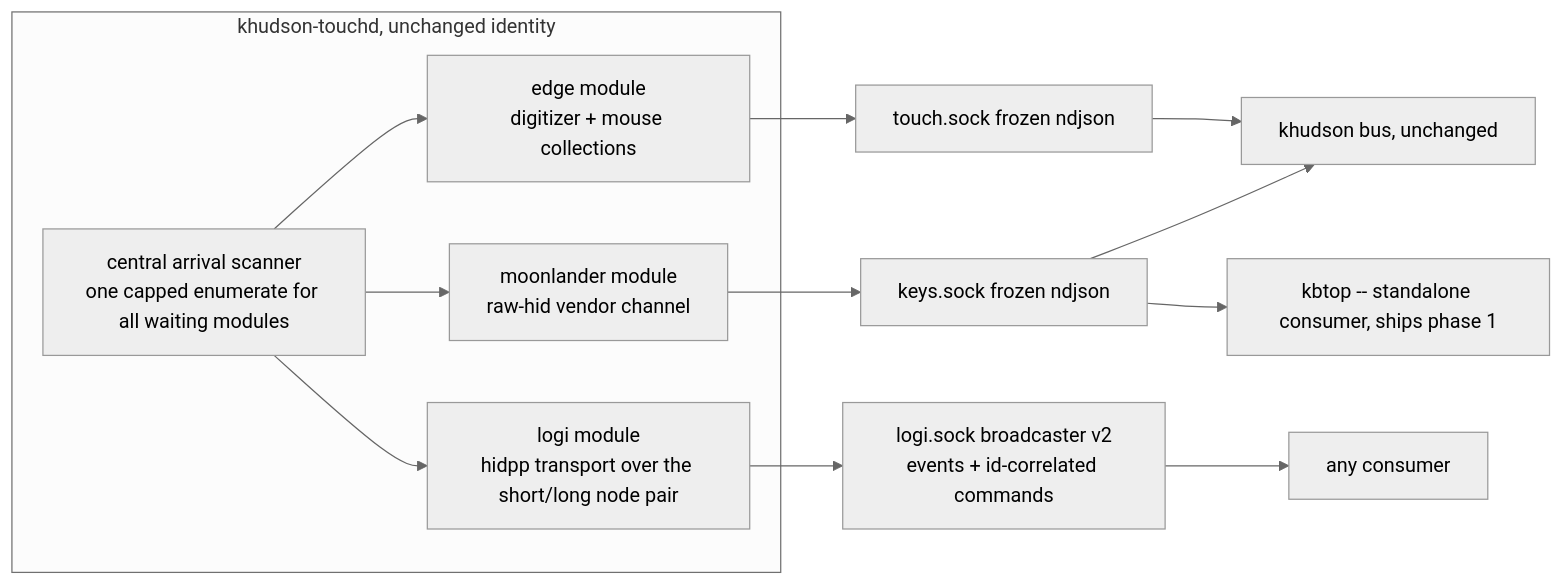
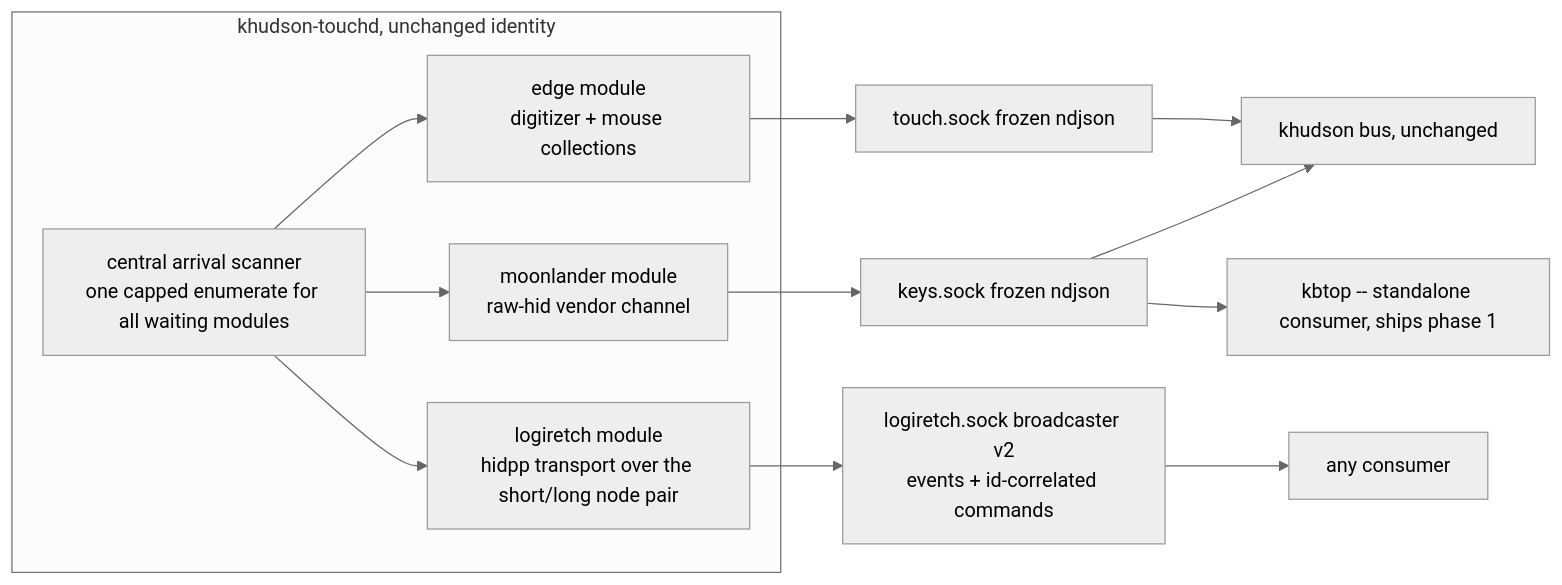
The diagram in homies/shimmerjs/home/khudson/docs/magicbus-design.md (shimmerjs/.universe), drawn with Mermaid (neutral theme) before and after one commit. The commit also changed other lines of this file and 5 other files, not shown here.

````diff
--- a/homies/shimmerjs/home/khudson/docs/magicbus-design.md
+++ b/homies/shimmerjs/home/khudson/docs/magicbus-design.md
@@ -18,17 +18,17 @@
 ```mermaid
 flowchart LR
   subgraph daemon [khudson-touchd, unchanged identity]
     scanner[central arrival scanner\none capped enumerate for all waiting modules]
     edge[edge module\ndigitizer + mouse collections]
     moon[moonlander module\nraw-hid vendor channel]
-    logi[logi module\nhidpp transport over the short/long node pair]
+    logi[logiretch module\nhidpp transport over the short/long node pair]
     scanner --> edge & moon & logi
   end
   edge --> touch[touch.sock frozen ndjson]
   moon --> keys[keys.sock frozen ndjson]
-  logi --> lsock[logi.sock broadcaster v2\nevents + id-correlated commands]
+  logi --> lsock[logiretch.sock broadcaster v2\nevents + id-correlated commands]
   touch --> bus[khudson bus, unchanged]
   keys --> bus
   keys --> kbtop[kbtop -- standalone consumer, ships phase 1]
   lsock --> any[any consumer]
 ```
````
